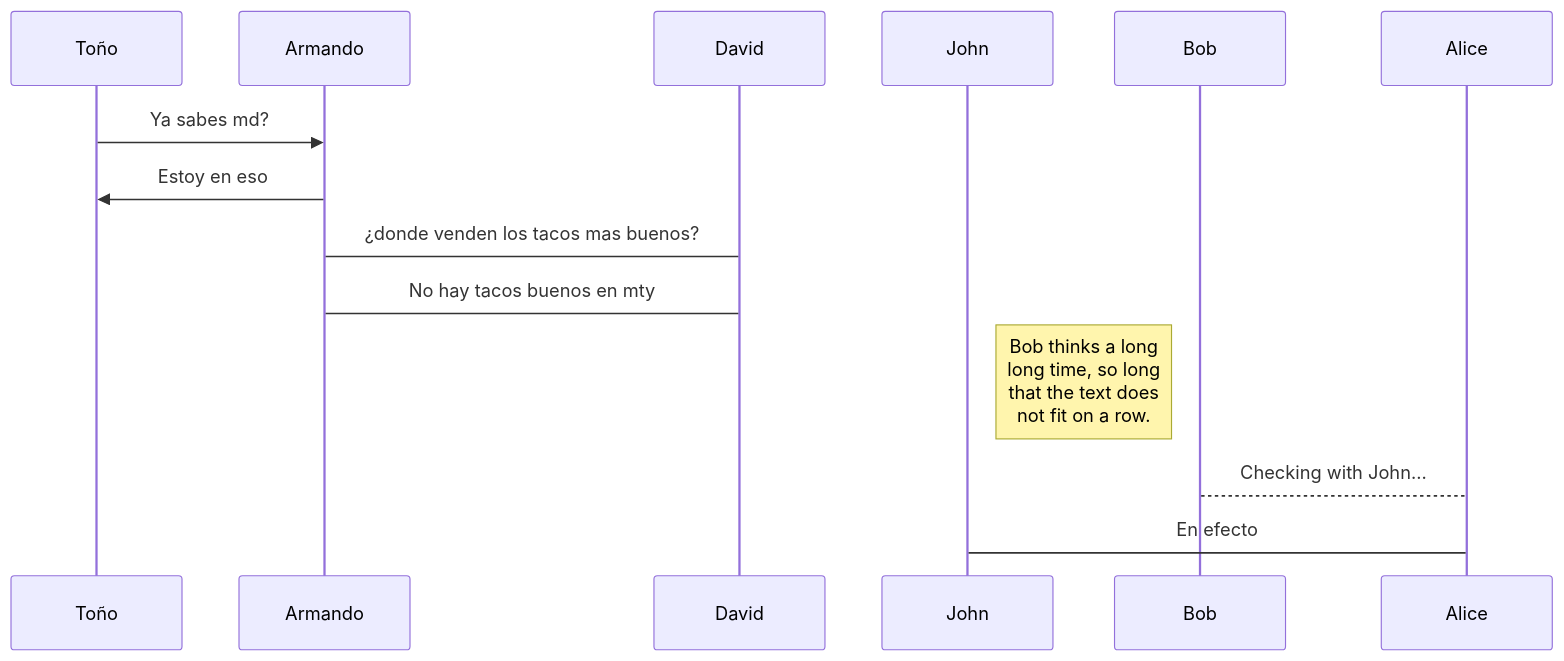
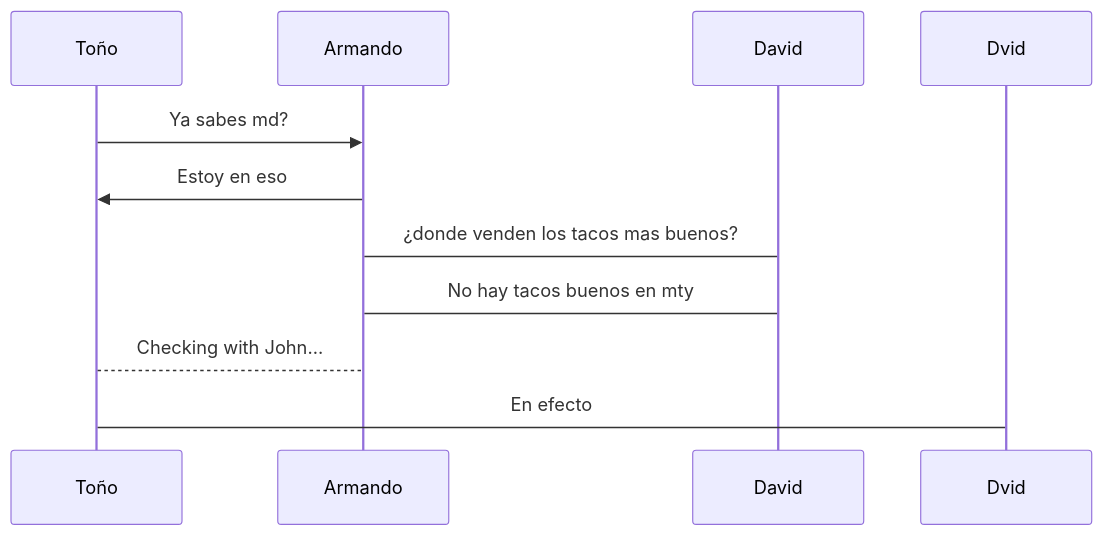
The diagram in hola.md (Armandoriv/bu), drawn with Mermaid before and after one commit. The commit also changed other lines of this file, not shown here.

````diff
--- a/hola.md
+++ b/hola.md
@@ -7,11 +7,10 @@
 ```mermaid
 sequenceDiagram
 Toño ->> Armando: Ya sabes md?
 Armando->>Toño: Estoy en eso
 Armando-> David: ¿donde venden los tacos mas buenos?
 David-> Armando: No hay tacos buenos en mty
-Note right of John: Bob thinks a long<br/>long time, so long<br/>that the text does<br/>not fit on a row.
 
-Bob-->Alice: Checking with John...
-Alice->John: En efecto
+Toño-->Armando: Checking with John...
+Dvid->Toño: En efecto
 ```
````
